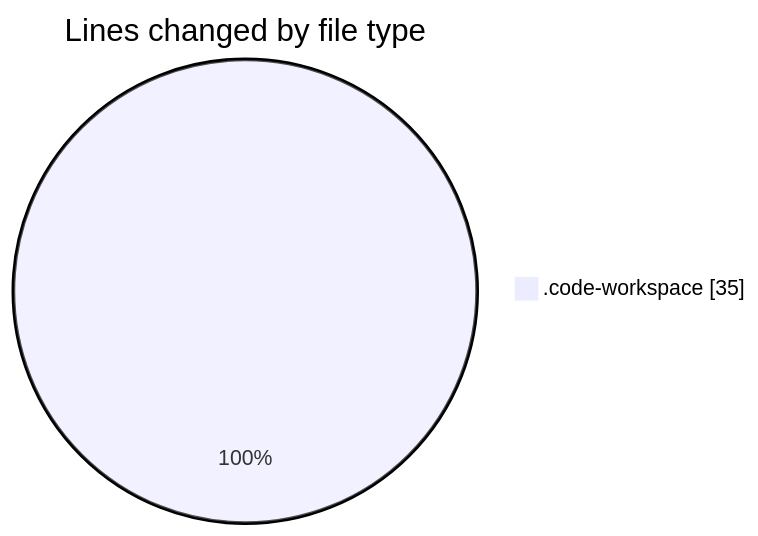
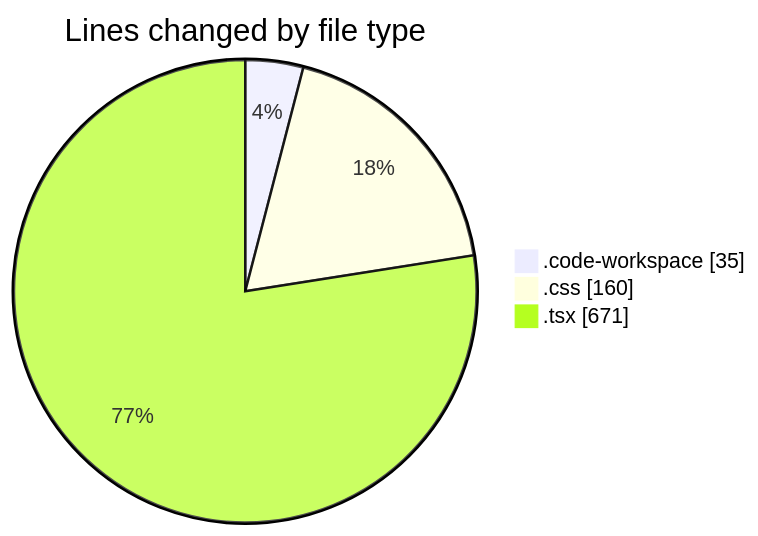
The first of 2 diagrams in 2025-11-19/eventscop__workspace_/README.md (julien-gomy/code-tracking), drawn with Mermaid before and after one commit. The commit also changed other lines of this file and 1 other file, not shown here.

````diff
--- a/2025-11-19/eventscop__workspace_/README.md
+++ b/2025-11-19/eventscop__workspace_/README.md
@@ -20,5 +22,7 @@
 ```mermaid
 pie showData
 title Lines changed by file type
 ".code-workspace" : 35
+".css" : 160
+".tsx" : 671
 ```
````
